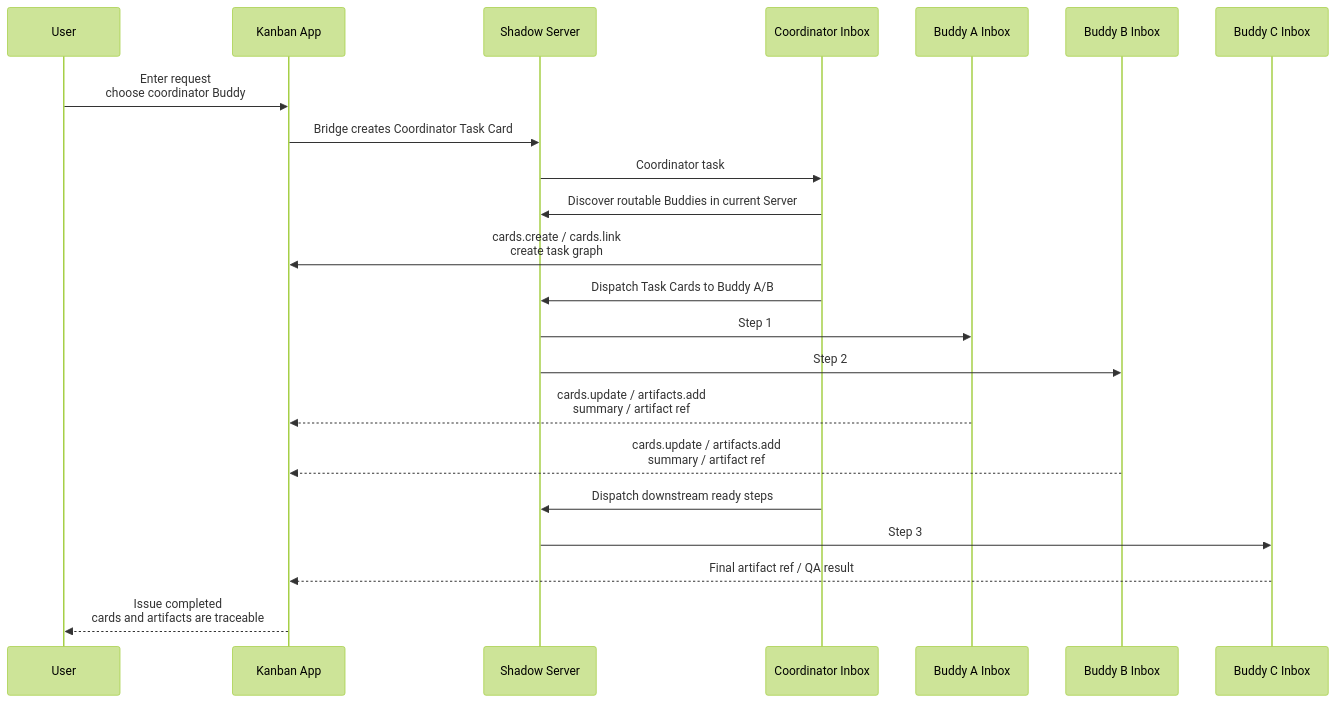
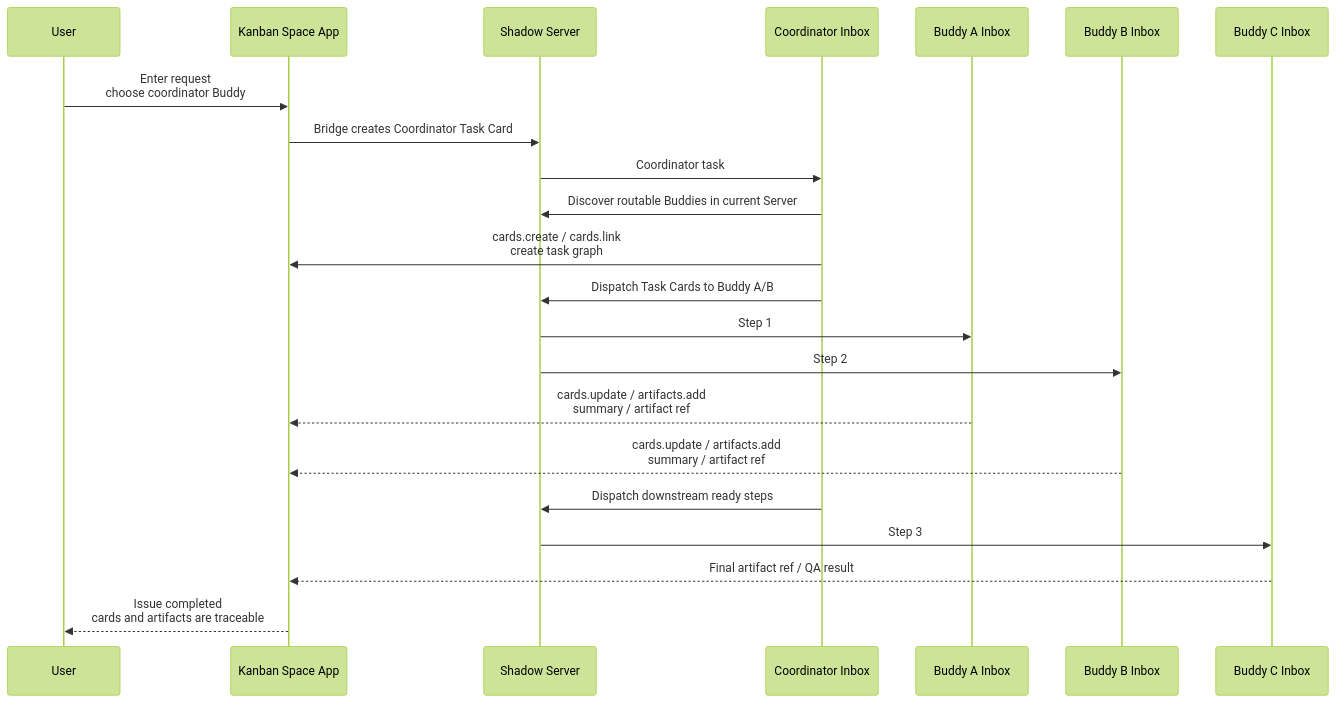
One commit to buggyblues/shadow changed the fourth of 8 diagrams in docs/development/buddy-inbox-system-design-summary.md. Above: the diagram before and after it, drawn with Mermaid (forest theme). The commit also changed other lines of this file and 1186 other files, not shown here.

````diff
--- a/docs/development/buddy-inbox-system-design-summary.md
+++ b/docs/development/buddy-inbox-system-design-summary.md
@@ -113,25 +113,25 @@
 ```mermaid
 sequenceDiagram
   participant U as User
-  participant K as Kanban App
+  participant K as Kanban Space App
   participant S as Shadow Server
   participant C as Coordinator Inbox
   participant B1 as Buddy A Inbox
   participant B2 as Buddy B Inbox
   participant B3 as Buddy C Inbox
 
   U->>K: Enter request<br/>choose coordinator Buddy
   K->>S: Bridge creates Coordinator Task Card
   S->>C: Coordinator task
   C->>S: Discover routable Buddies in current Server
   C->>K: cards.create / cards.link<br/>create task graph
   C->>S: Dispatch Task Cards to Buddy A/B
   S->>B1: Step 1
   S->>B2: Step 2
   B1-->>K: cards.update / artifacts.add<br/>summary / artifact ref
   B2-->>K: cards.update / artifacts.add<br/>summary / artifact ref
   C->>S: Dispatch downstream ready steps
   S->>B3: Step 3
   B3-->>K: Final artifact ref / QA result
   K-->>U: Issue completed<br/>cards and artifacts are traceable
 ```
````
